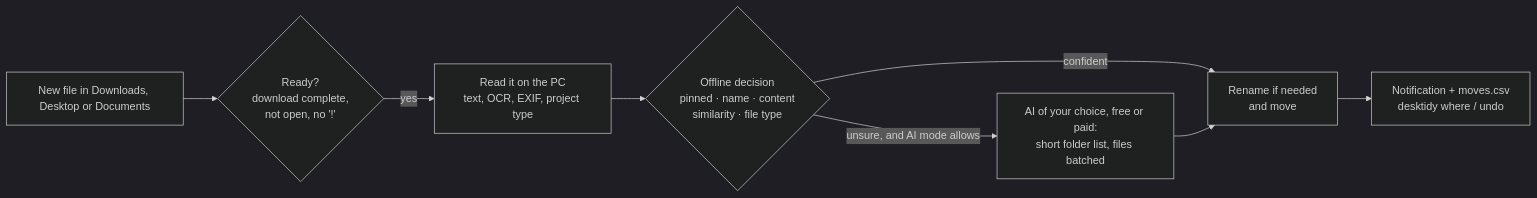
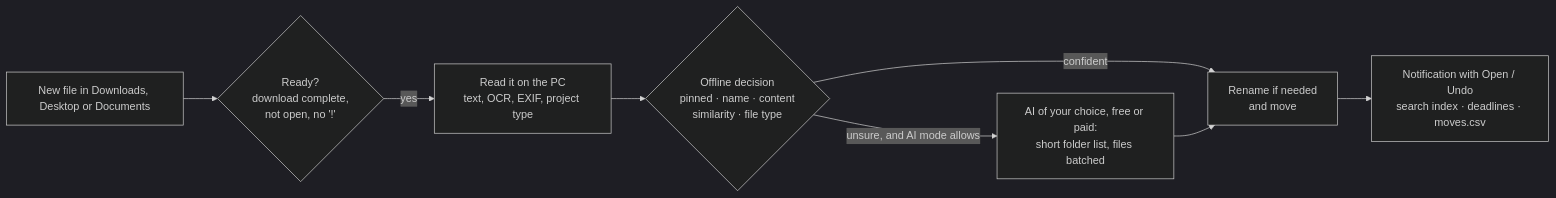
One commit to davide0707/desktidy changed the diagram in README.md. Above: the diagram before and after it, drawn with Mermaid (dark theme). The commit also changed other lines of this file and 41 other files, not shown here.

First line of the commit message:
DeskTidy 1.2.0: search, deadlines, tidy-up tools, Explorer and tray, daily limits

````diff
--- a/README.md
+++ b/README.md
@@ -100,10 +103,10 @@
 ```mermaid
 flowchart LR
     A[New file in Downloads, Desktop or Documents] --> B{Ready?<br/>download complete,<br/>not open, no '!'}
     B -- yes --> C[Read it on the PC<br/>text, OCR, EXIF, project type]
     C --> D{Offline decision<br/>pinned · name · content<br/>similarity · file type}
     D -- confident --> F[Rename if needed<br/>and move]
     D -- unsure, and AI mode allows --> E[AI of your choice, free or paid:<br/>short folder list, files batched]
     E --> F
-    F --> G[Notification + moves.csv<br/>desktidy where / undo]
+    F --> G[Notification with Open / Undo<br/>search index · deadlines · moves.csv]
 ```
````
